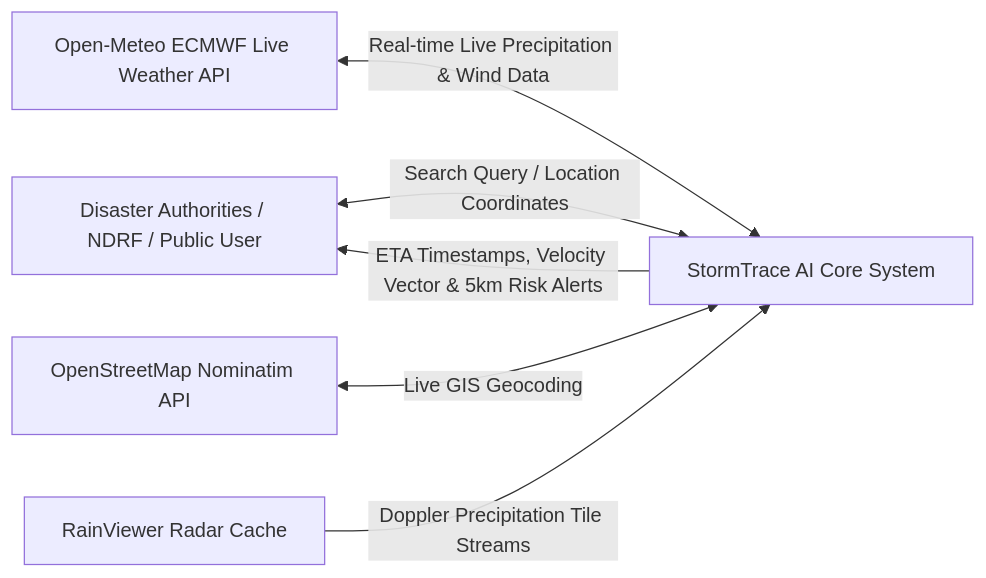
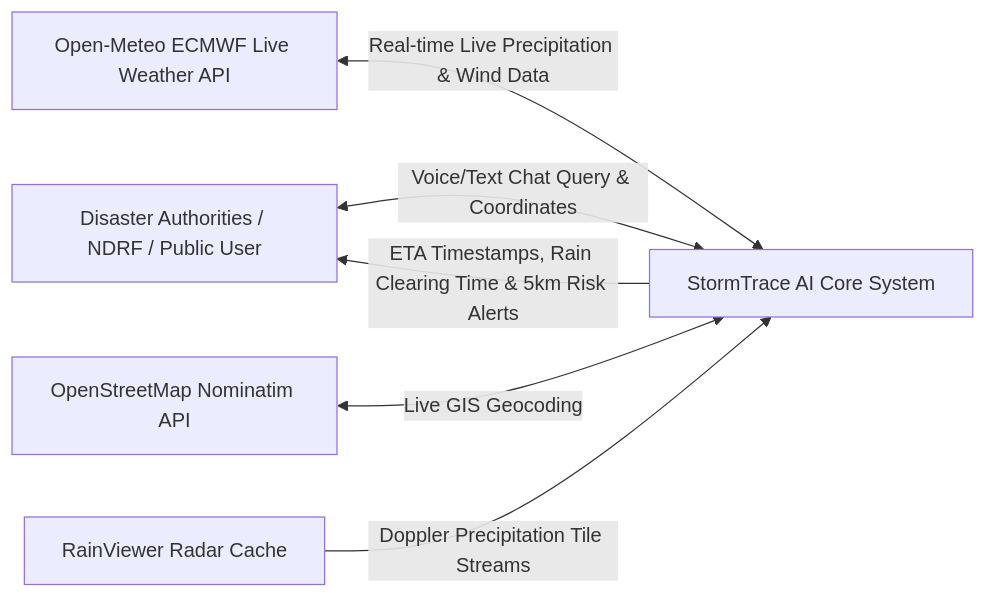
Before and after one commit to Alokzhan/wheatherSIH: the second of 3 diagrams in README.md, drawn with Mermaid. The commit also changed other lines of this file, not shown here.

Commit message:
docs: update README with live deployment link, AI Copilot Chatbot details, real ERA5 model metrics, and system architecture

````diff
--- a/README.md
+++ b/README.md
@@ -153,8 +167,8 @@
 ```mermaid
 graph LR
-    User["Disaster Authorities / NDRF / Public User"] <-->|"Search Query / Location Coordinates"| StormTrace["StormTrace AI Core System"]
+    User["Disaster Authorities / NDRF / Public User"] <-->|"Voice/Text Chat Query & Coordinates"| StormTrace["StormTrace AI Core System"]
     OpenMeteo["Open-Meteo ECMWF Live Weather API"] <-->|"Real-time Live Precipitation & Wind Data"| StormTrace
     Nominatim["OpenStreetMap Nominatim API"] <-->|"Live GIS Geocoding"| StormTrace
     RainViewer["RainViewer Radar Cache"] -->|"Doppler Precipitation Tile Streams"| StormTrace
-    StormTrace -->|"ETA Timestamps, Velocity Vector & 5km Risk Alerts"| User
+    StormTrace -->|"ETA Timestamps, Rain Clearing Time & 5km Risk Alerts"| User
 ```
````
